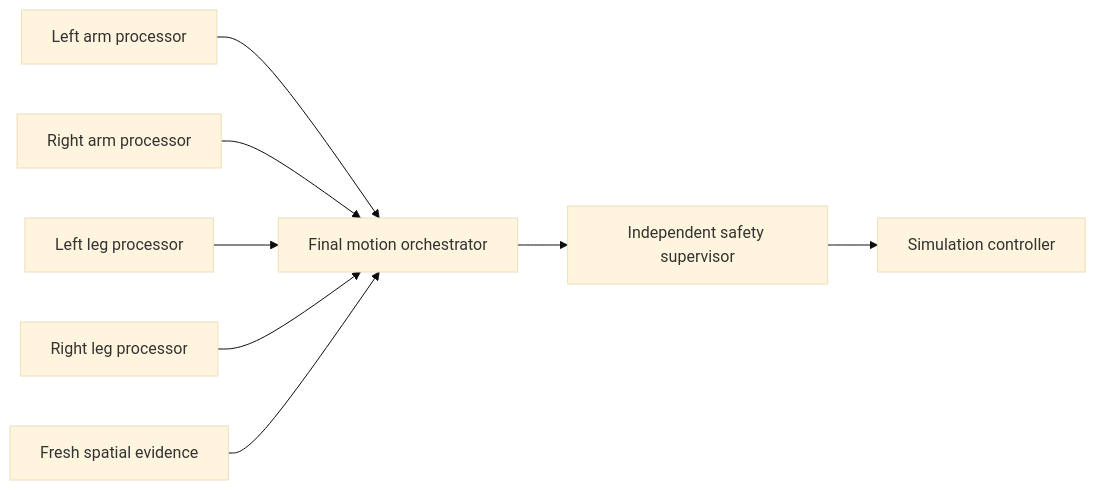
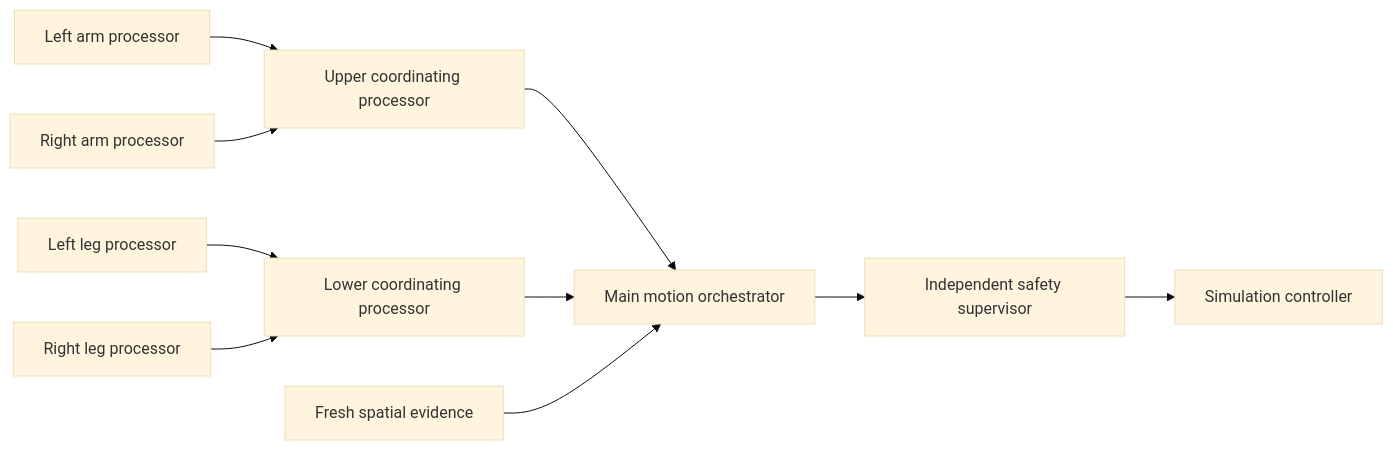
The diagram in docs/ARCHITECTURE.md (minagayid/robotic-surgery), drawn with Mermaid (base theme) before and after one commit. The commit also changed other lines of this file and 10 other files, not shown here.

````diff
--- a/docs/ARCHITECTURE.md
+++ b/docs/ARCHITECTURE.md
@@ -70,17 +70,21 @@
 ```mermaid
 flowchart LR
   LA[Left arm processor]
   RA[Right arm processor]
   LL[Left leg processor]
   RL[Right leg processor]
   E[Fresh spatial evidence]
-  O[Final motion orchestrator]
+  U[Upper coordinating processor]
+  L[Lower coordinating processor]
+  O[Main motion orchestrator]
   S[Independent safety supervisor]
   C[Simulation controller]
-  LA --> O
-  RA --> O
-  LL --> O
-  RL --> O
+  LA --> U
+  RA --> U
+  LL --> L
+  RL --> L
+  U --> O
+  L --> O
   E --> O
   O --> S --> C
 ```
````
